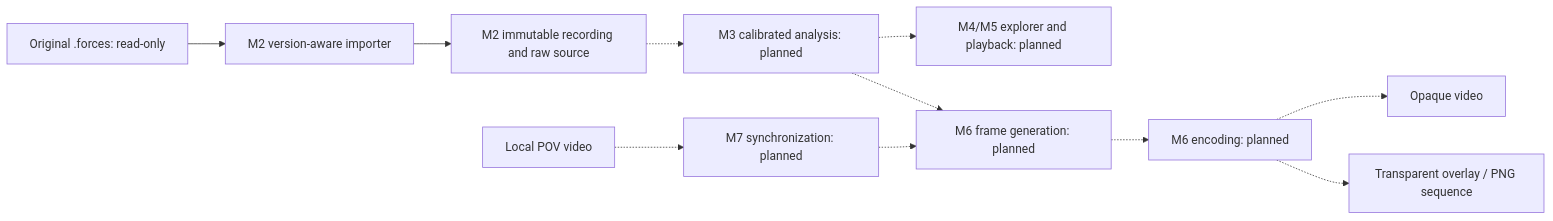
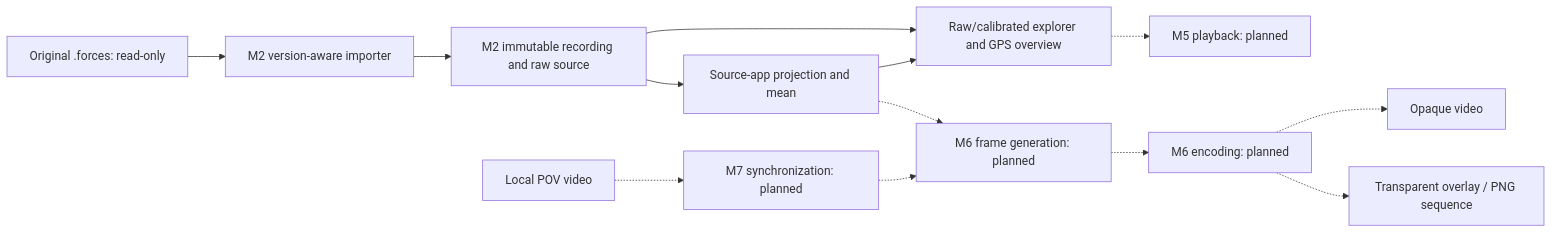
The diagram in docs/architecture/04_solution_strategy.md (rudnerbjoern/ride-forces-analyzer), drawn with Mermaid before and after one commit. The commit also changed other lines of this file and 52 other files, not shown here.

````diff
--- a/docs/architecture/04_solution_strategy.md
+++ b/docs/architecture/04_solution_strategy.md
@@ -13,13 +13,15 @@
 ```mermaid
 flowchart LR
     Original["Original .forces: read-only"] --> Importer["M2 version-aware importer"]
     Importer --> Canonical["M2 immutable recording and raw source"]
-    Canonical -.-> Analysis["M3 calibrated analysis: planned"]
-    Analysis -.-> Explorer["M4/M5 explorer and playback: planned"]
+    Canonical --> Analysis["Source-app projection and mean"]
+    Canonical --> Explorer["Raw/calibrated explorer and GPS overview"]
+    Analysis --> Explorer
+    Explorer -.-> Playback["M5 playback: planned"]
     Analysis -.-> Frames["M6 frame generation: planned"]
     Frames -.-> Encoder["M6 encoding: planned"]
     Encoder -.-> Opaque["Opaque video"]
     Encoder -.-> Overlay["Transparent overlay / PNG sequence"]
     POV["Local POV video"] -.-> Sync["M7 synchronization: planned"]
     Sync -.-> Frames
 ```
````
